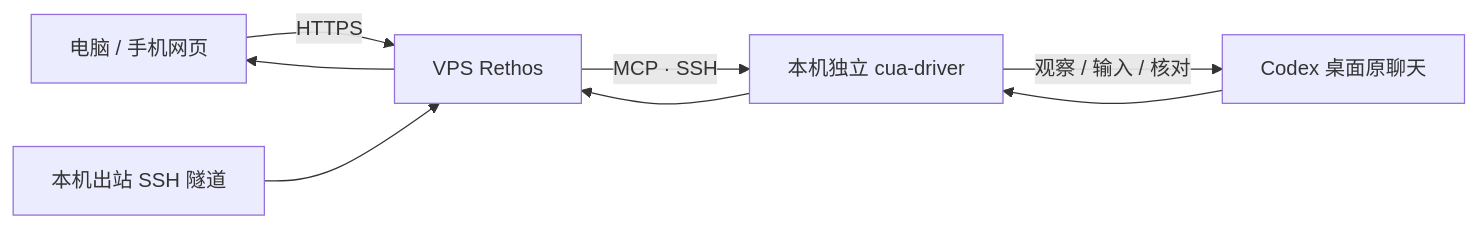
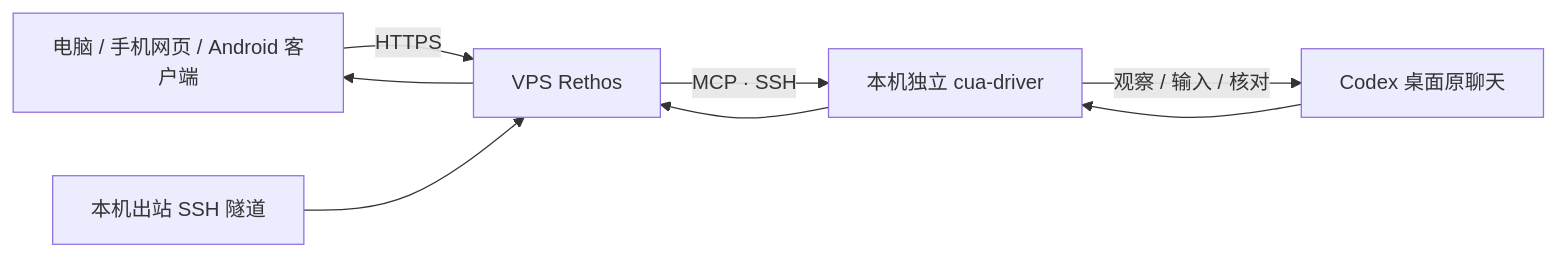
One commit to Hopesy/Rethos changed the diagram in docs/rethos-vps.md. Above: the diagram before and after it, drawn with Mermaid. The commit also changed other lines of this file and 4 other files, not shown here.

````diff
--- a/docs/rethos-vps.md
+++ b/docs/rethos-vps.md
@@ -5,8 +5,8 @@
 ```mermaid
 flowchart LR
-    A[电脑 / 手机网页] -->|HTTPS| B[VPS Rethos]
+    A[电脑 / 手机网页 / Android 客户端] -->|HTTPS| B[VPS Rethos]
     B -->|MCP · SSH| C[本机独立 cua-driver]
     C -->|观察 / 输入 / 核对| D[Codex 桌面原聊天]
     D --> C --> B --> A
     E[本机出站 SSH 隧道] --> B
 ```
````
